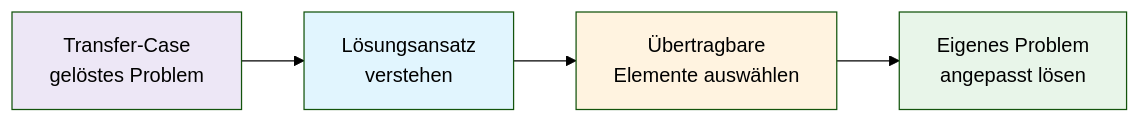
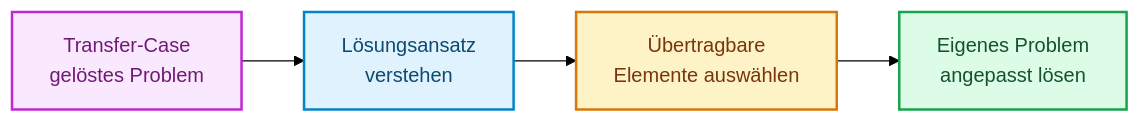
Before and after one commit to ralf-42/ML_Intro: the fifth of 6 diagrams in docs/concepts/grundlagen/coding-arbeitsweisen.md, drawn with Mermaid (forest theme). The commit also changed other lines of this file and 67 other files, not shown here.

````diff
--- a/docs/concepts/grundlagen/coding-arbeitsweisen.md
+++ b/docs/concepts/grundlagen/coding-arbeitsweisen.md
@@ -345,11 +353,14 @@
 ```mermaid
 flowchart LR
     A[Transfer-Case<br/>gelöstes Problem] --> B[Lösungsansatz<br/>verstehen]
     B --> C[Übertragbare<br/>Elemente auswählen]
     C --> D[Eigenes Problem<br/>angepasst lösen]
-    
-    style A fill:#ede7f6
-    style B fill:#e1f5fe
-    style C fill:#fff3e0
-    style D fill:#e8f5e9
+
+    classDef default fill:#e0f2fe,stroke:#0284c7,stroke-width:2px,color:#0c4a6e;
+    classDef metric fill:#fef3c7,stroke:#d97706,stroke-width:2px,color:#78350f;
+    classDef output fill:#dcfce7,stroke:#16a34a,stroke-width:2px,color:#14532d;
+    classDef target fill:#fae8ff,stroke:#c026d3,stroke-width:2px,color:#701a75;
+    class C metric;
+    class D output;
+    class A target;
 ```
````
